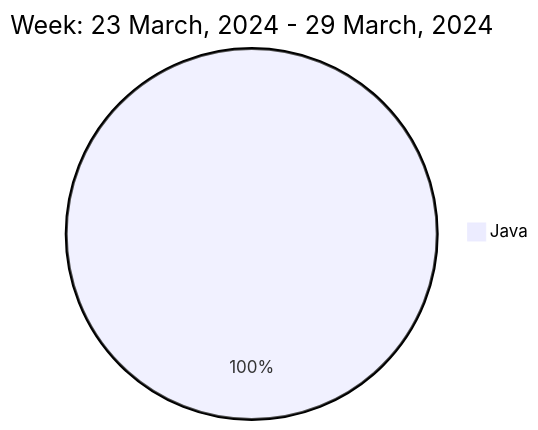
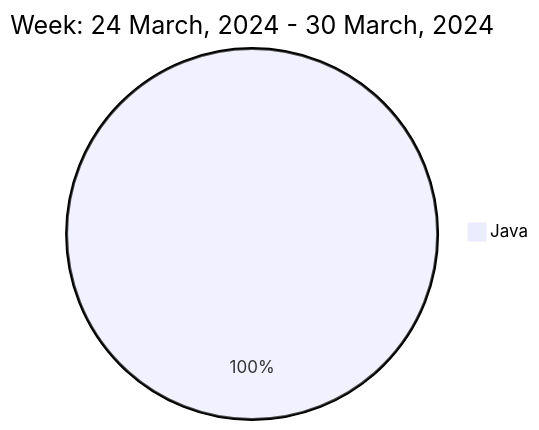
Before and after one commit to liubin95/liubin95: the diagram in README.md, drawn with Mermaid.

Commit message:
Updated the Graph with new Metrics

````diff
--- a/README.md
+++ b/README.md
@@ -37,5 +37,5 @@
 ```mermaid
  pie
-title Week: 23 March, 2024 - 29 March, 2024
+title Week: 24 March, 2024 - 30 March, 2024
  "Java" : 5.33
 ```
````
